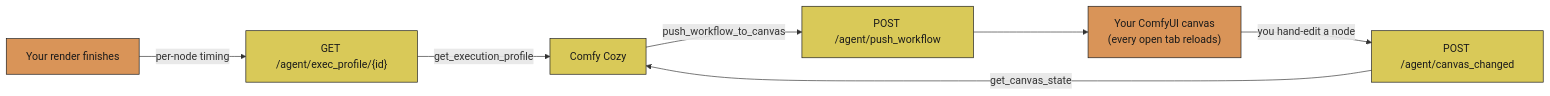
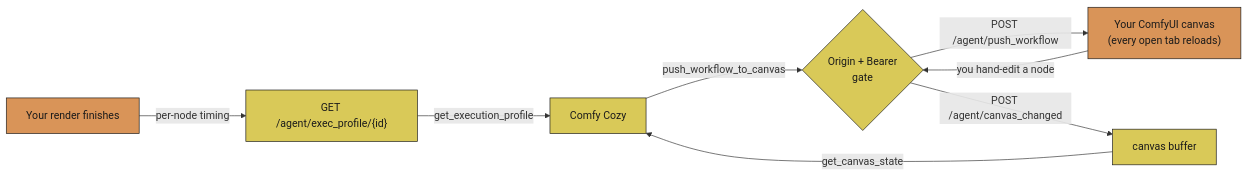
One commit to JosephOIbrahim/Comfy-Cozy changed the fourth of 33 diagrams in README.md. Above: the diagram before and after it, drawn with Mermaid. The commit also changed other lines of this file and 3 other files, not shown here.

First line of the commit message:
[VERIFY] release: v5.3.1 Panel Hardening — bridge auth gate on the diagram, changelog, version bump

````diff
--- a/README.md
+++ b/README.md
@@ -236,14 +236,15 @@
 ```mermaid
 graph LR
-    Agent[Comfy Cozy] -->|"push_workflow_to_canvas"| Push["POST /agent/push_workflow"]
-    Push --> Canvas["Your ComfyUI canvas<br/>(every open tab reloads)"]
-    Canvas -->|"you hand-edit a node"| Buf["POST /agent/canvas_changed"]
+    Agent[Comfy Cozy] -->|"push_workflow_to_canvas"| Gate{"Origin + Bearer<br/>gate"}
+    Gate -->|"POST /agent/push_workflow"| Canvas["Your ComfyUI canvas<br/>(every open tab reloads)"]
+    Canvas -->|"you hand-edit a node"| Gate
+    Gate -->|"POST /agent/canvas_changed"| Buf["canvas buffer"]
     Buf -->|"get_canvas_state"| Agent
     Render["Your render finishes"] -->|"per-node timing"| Prof["GET /agent/exec_profile/{id}"]
     Prof -->|"get_execution_profile"| Agent
 
     classDef orange fill:#d99458,color:#1a1a1a,stroke:#1a1a1a
     classDef yellow fill:#d9c958,color:#1a1a1a,stroke:#1a1a1a
     class Canvas,Render orange
-    class Agent,Push,Buf,Prof yellow
+    class Agent,Gate,Buf,Prof yellow
 ```
````
